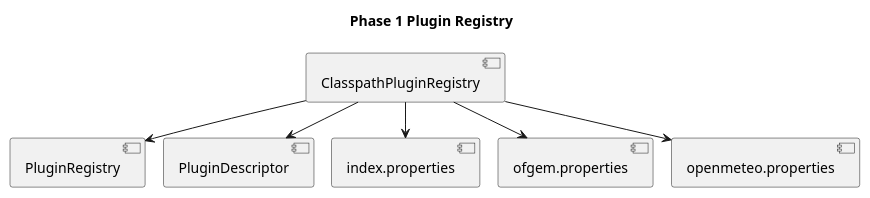
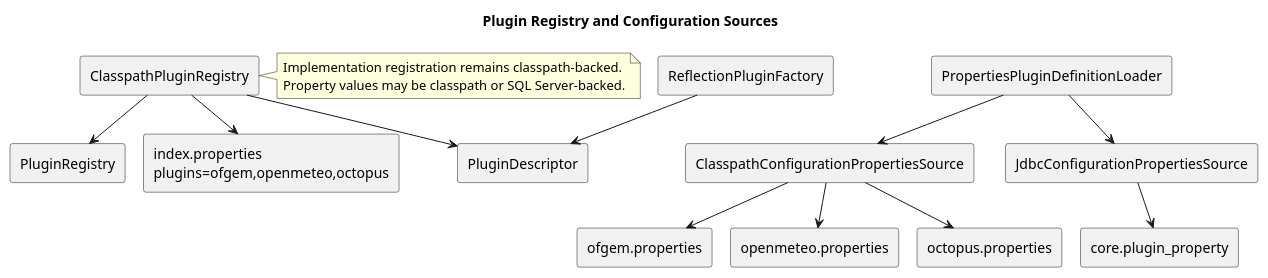
The diagram in docs/diagrams/source/plugin-registry.puml (TerryCurranZellis/OpenData), drawn with PlantUML before and after one commit. The commit also changed 31 other files, not shown here.

```diff
--- a/docs/diagrams/source/plugin-registry.puml
+++ b/docs/diagrams/source/plugin-registry.puml
@@ -1,15 +1,32 @@
 @startuml
 !pragma layout smetana
-title Phase 1 Plugin Registry
-[PluginRegistry]
-[ClasspathPluginRegistry]
-[PluginDescriptor]
-[index.properties] as Index
+title Plugin Registry and Configuration Sources
+skinparam componentStyle rectangle
+[PluginRegistry] as Contract
+[ClasspathPluginRegistry] as Registry
+[index.properties\nplugins=ofgem,openmeteo,octopus] as Index
+[PluginDescriptor] as Descriptor
+[ReflectionPluginFactory] as Factory
+[PropertiesPluginDefinitionLoader] as Loader
+[ClasspathConfigurationPropertiesSource] as FileSource
+[JdbcConfigurationPropertiesSource] as DbSource
 [ofgem.properties] as Ofgem
 [openmeteo.properties] as OpenMeteo
-[ClasspathPluginRegistry] --> [PluginRegistry]
-[ClasspathPluginRegistry] --> Index
-[ClasspathPluginRegistry] --> Ofgem
-[ClasspathPluginRegistry] --> OpenMeteo
-[ClasspathPluginRegistry] --> [PluginDescriptor]
+[octopus.properties] as Octopus
+[core.plugin_property] as DbProperties
+
+Registry --> Contract
+Registry --> Index
+Registry --> Descriptor
+Factory --> Descriptor
+Loader --> FileSource
+Loader --> DbSource
+FileSource --> Ofgem
+FileSource --> OpenMeteo
+FileSource --> Octopus
+DbSource --> DbProperties
+note right of Registry
+Implementation registration remains classpath-backed.
+Property values may be classpath or SQL Server-backed.
+end note
 @enduml
```
